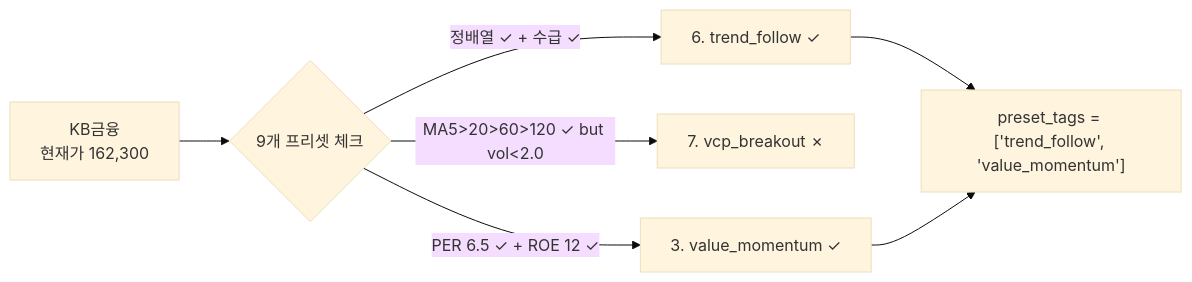
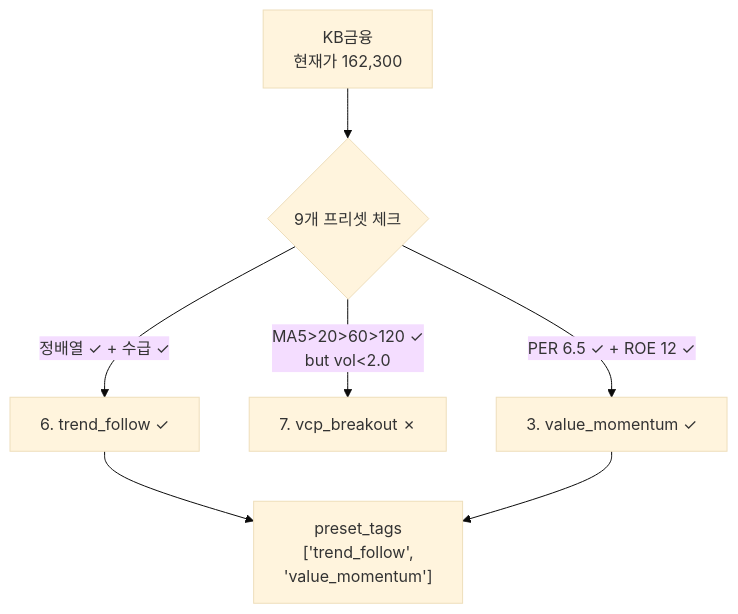
One commit to izzyLim/BIP-Pipeline changed the fourth of 12 diagrams in docs/stock_screener_architecture.md. Above: the diagram before and after it, drawn with Mermaid (base theme). The commit also changed other lines of this file and 2 other files, not shown here.

First line of the commit message:
docs(stock_screener): v6.3 — 가독성 개선 + write-doc 다이어그램 가이드

````diff
--- a/docs/stock_screener_architecture.md
+++ b/docs/stock_screener_architecture.md
@@ -138,10 +138,9 @@
 ```mermaid
-flowchart LR
+flowchart TD
     A["KB금융<br/>현재가 162,300"] --> B{9개 프리셋 체크}
     B -->|정배열 ✓ + 수급 ✓| C[6. trend_follow ✓]
-    B -->|MA5>20>60>120 ✓ but vol<2.0| D[7. vcp_breakout ✗]
+    B -->|MA5>20>60>120 ✓<br/>but vol<2.0| D[7. vcp_breakout ✗]
     B -->|PER 6.5 ✓ + ROE 12 ✓| E[3. value_momentum ✓]
-    
-    C --> F["preset_tags = ['trend_follow', 'value_momentum']"]
+    C --> F["preset_tags<br/>['trend_follow',<br/>'value_momentum']"]
     E --> F
 ```
````
